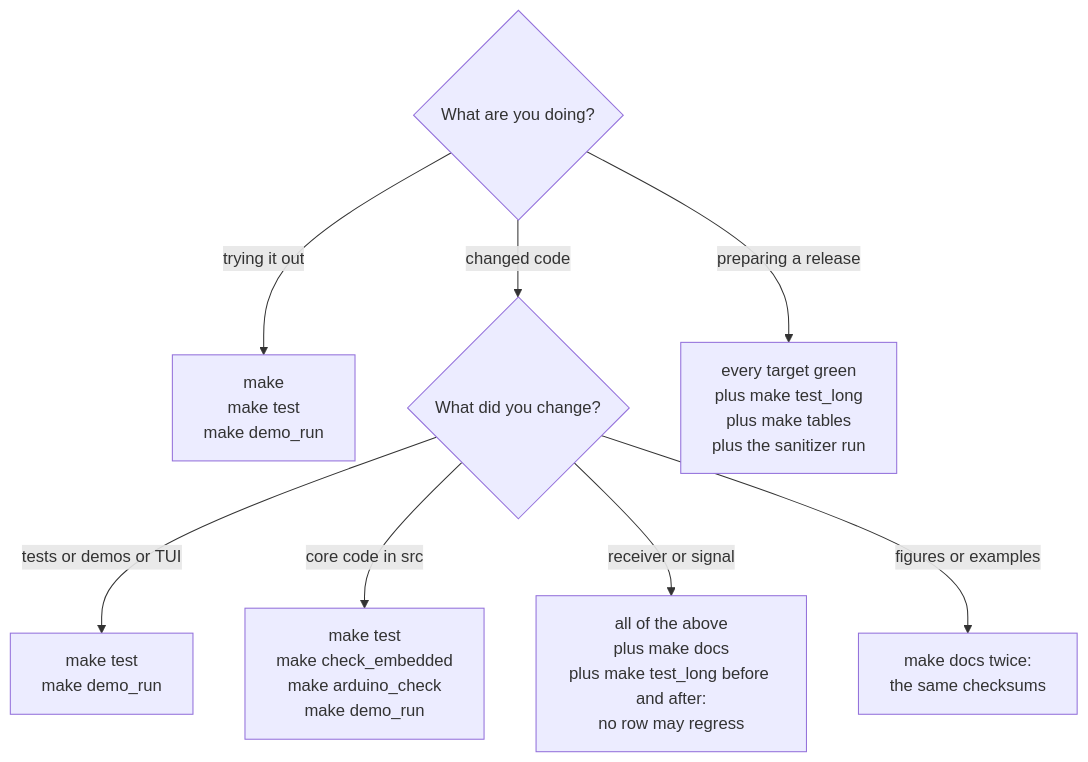
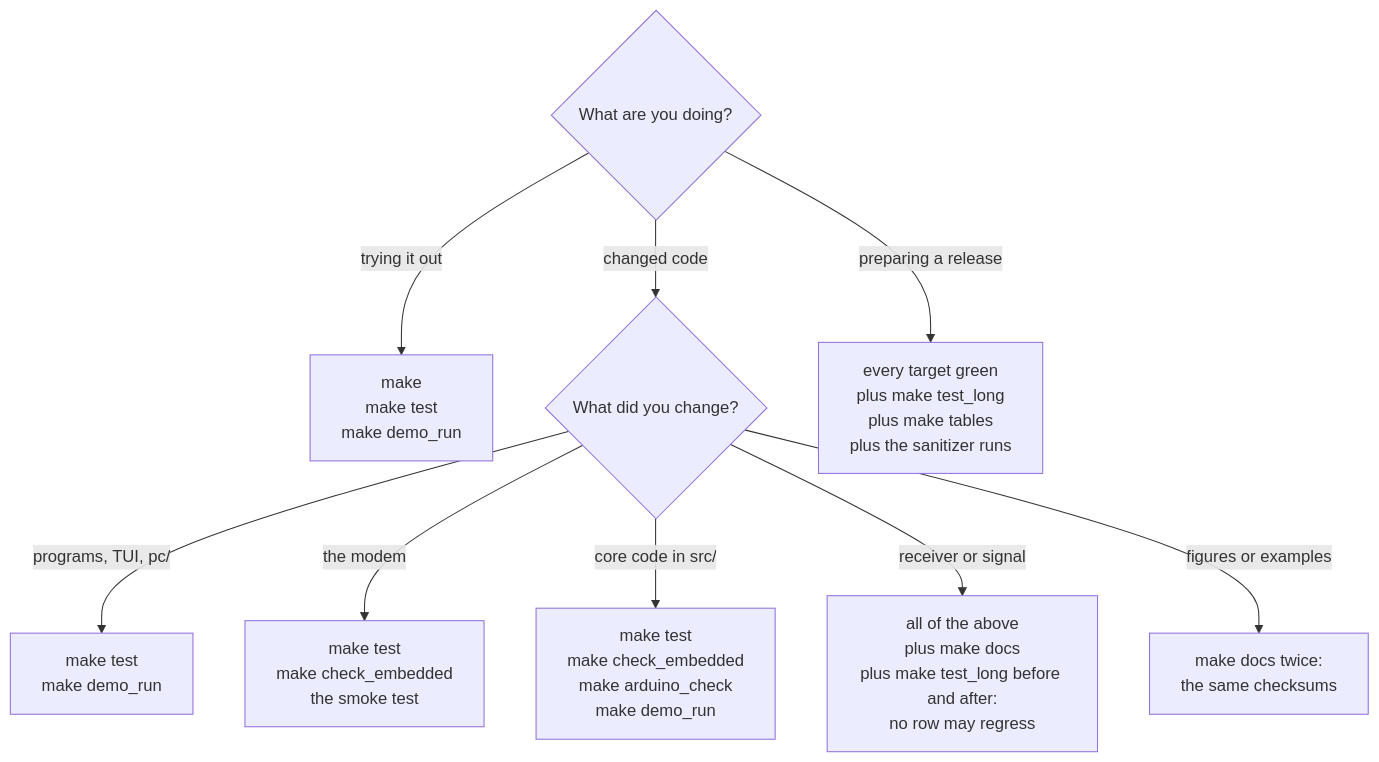
One commit to solariun/unlimited changed the third of 10 diagrams in docs/testing.md. Above: the diagram before and after it, drawn with Mermaid. The commit also changed other lines of this file and 76 other files, not shown here.

````diff
--- a/docs/testing.md
+++ b/docs/testing.md
@@ -315,10 +241,11 @@
 ```mermaid
 flowchart TD
     q0{"What are you doing?"} -->|trying it out| a1["make<br/>make test<br/>make demo_run"]
     q0 -->|changed code| q1{"What did you change?"}
-    q1 -->|tests or demos or TUI| a2["make test<br/>make demo_run"]
-    q1 -->|core code in src| a3["make test<br/>make check_embedded<br/>make arduino_check<br/>make demo_run"]
+    q1 -->|programs, TUI, pc/| a2["make test<br/>make demo_run"]
+    q1 -->|the modem| a2m["make test<br/>make check_embedded<br/>the smoke test"]
+    q1 -->|core code in src/| a3["make test<br/>make check_embedded<br/>make arduino_check<br/>make demo_run"]
     q1 -->|receiver or signal| a4["all of the above<br/>plus make docs<br/>plus make test_long before and after:<br/>no row may regress"]
     q1 -->|figures or examples| a5["make docs twice:<br/>the same checksums"]
-    q0 -->|preparing a release| a6["every target green<br/>plus make test_long<br/>plus make tables<br/>plus the sanitizer run"]
+    q0 -->|preparing a release| a6["every target green<br/>plus make test_long<br/>plus make tables<br/>plus the sanitizer runs"]
 ```
````
